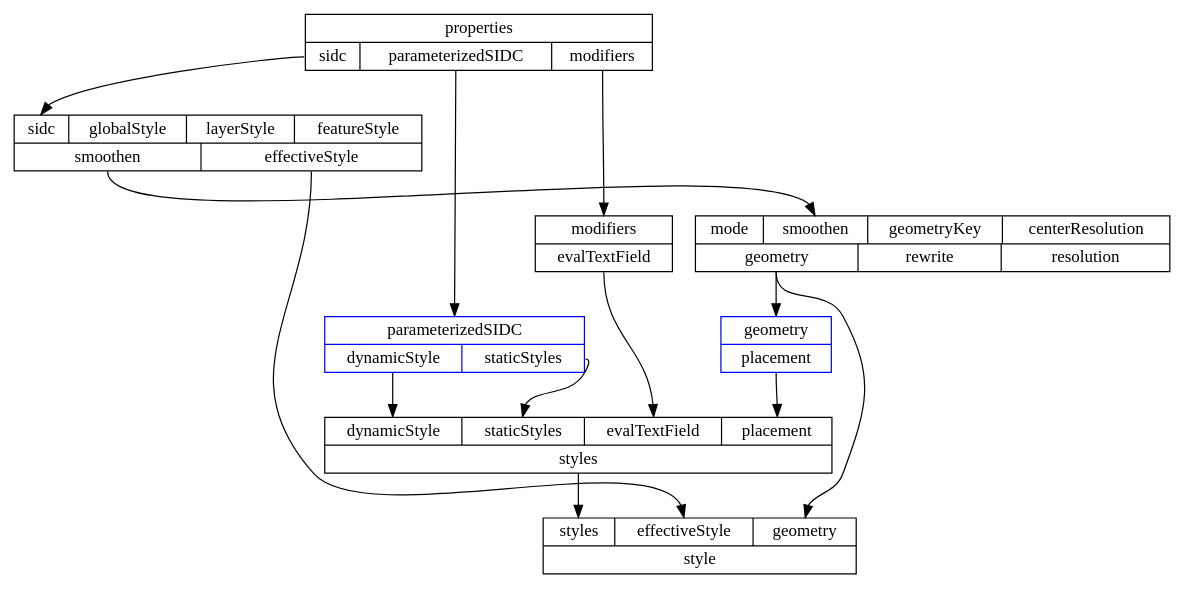
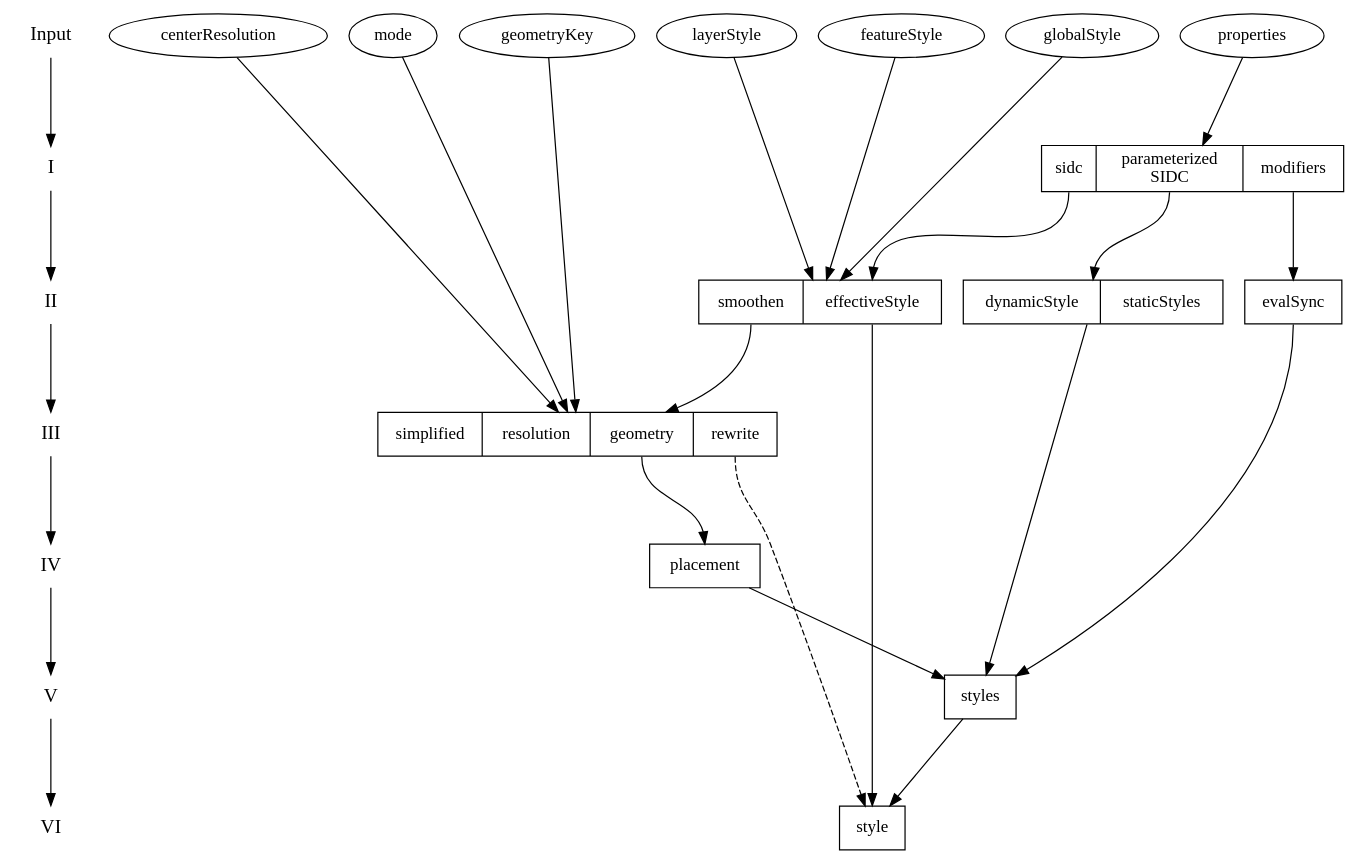
Before and after one commit to syncpoint/ODINv2: the diagram in paperwork/rules.dot, drawn with Graphviz. The commit also changed 11 other files, not shown here.

```diff
--- a/paperwork/rules.dot
+++ b/paperwork/rules.dot
@@ -1,24 +1,76 @@
 digraph structs {
-  node [shape=record];
-  SIDC [label="{properties|{<sidc> sidc|<parameterizedSIDC> parameterizedSIDC|<modifiers> modifiers}}"];
-  EVAL_TEXT_FIELD [label="{<modifiers> modifiers|{<evalTextField> evalTextField}}"];
-  EFFECTIVE_STYLE [label="{{<sidc> sidc|globalStyle|layerStyle|featureStyle}|{<smoothen> smoothen|<effectiveStyle> effectiveStyle}}"];
-  GEOMETRY [label="{{mode|<smoothen> smoothen|geometryKey|centerResolution}|{<geometry> geometry|rewrite|resolution}}"];
-  STYLES [label="{{<dynamicStyle> dynamicStyle|<staticStyles> staticStyles|<evalTextField> evalTextField|<placement> placement}|{<styles> styles}}"];
-  STYLE [label="{{<styles> styles|<effectiveStyle> effectiveStyle|<geometry> geometry}|{style}}"];
-  XYZ [color=blue, label="{{<parameterizedSIDC> parameterizedSIDC}|{<dynamicStyle> dynamicStyle|<staticStyles> staticStyles}}"];
-  PLACEMENT [color=blue, label="{{<geometry> geometry}|{<placement> placement}}"];
+  ranksep=1;
+  /* node [shape=box]; */
 
-  SIDC:modifiers -> EVAL_TEXT_FIELD:modifiers;
-  SIDC:sidc -> EFFECTIVE_STYLE:sidc;
-  EFFECTIVE_STYLE:smoothen -> GEOMETRY:smoothen;
-  SIDC:parameterizedSIDC -> XYZ:parameterizedSIDC;
-  GEOMETRY:geometry -> PLACEMENT:geometry:n;
-  XYZ:dynamicStyle -> STYLES:dynamicStyle;
-  XYZ:staticStyles -> STYLES:staticStyles;
-  EVAL_TEXT_FIELD:evalTextField -> STYLES:evalTextField;
-  PLACEMENT:placement:s -> STYLES:placement;
-  STYLES:styles -> STYLE:styles;
-  EFFECTIVE_STYLE:effectiveStyle -> STYLE:effectiveStyle;
-  GEOMETRY:geometry -> STYLE:geometry:n;
+  {
+    node [shape=plaintext, fontsize=16];
+    Input -> I -> II -> III -> IV -> V -> VI;
+  }
+
+  { rank = same;
+    Input;
+    properties; globalStyle; layerStyle; featureStyle; mode;
+    geometryKey; centerResolution;
+  };
+
+  { rank = same;
+    I;
+    node [shape=record];
+    PROPERTIES [label="{{<sidc> sidc|<parameterizedSIDC> parameterized\nSIDC|<modifiers> modifiers}}"];
+  };
+
+  { rank = same;
+    II;
+    node [shape=record];
+    EFFECTIVE [label="{{<smoothen> smoothen|<effectiveStyle> effectiveStyle}}"];
+
+    node [shape=box];
+    evalSync;
+
+    node [shape=record];
+    STYLES [label="{{<dynamicStyle> dynamicStyle|<staticStyles> staticStyles}}"];
+  };
+
+  { rank = same;
+    III;
+    node [shape=record];
+    GEOMETRY [label="{{<simplified> simplified|<resolution> resolution|<geometry> geometry|<rewrite> rewrite}}"];
+  };
+
+  { rank = same;
+    IV;
+    node [shape=box];
+    placement;
+  };
+
+  { rank = same;
+    V;
+    node [shape=box];
+    styles;
+  };
+
+  { rank = same;
+    VI;
+    node [shape=box];
+    style;
+  };
+
+  properties -> PROPERTIES;
+  PROPERTIES:sidc:s -> EFFECTIVE:effectiveStyle:n;
+  globalStyle -> EFFECTIVE;
+  layerStyle -> EFFECTIVE;
+  featureStyle -> EFFECTIVE;
+  PROPERTIES:parameterizedSIDC -> STYLES:n;
+  PROPERTIES:modifiers -> evalSync;
+  mode -> GEOMETRY;
+  EFFECTIVE:smoothen:s -> GEOMETRY;
+  geometryKey -> GEOMETRY;
+  centerResolution -> GEOMETRY;
+  GEOMETRY:geometry:s -> placement:n;
+  placement -> styles;
+  evalSync:s -> styles;
+  STYLES -> styles;
+  GEOMETRY:rewrite:s -> style [style=dashed];
+  styles -> style;
+  EFFECTIVE:effectiveStyle:s -> style;
 }
```
